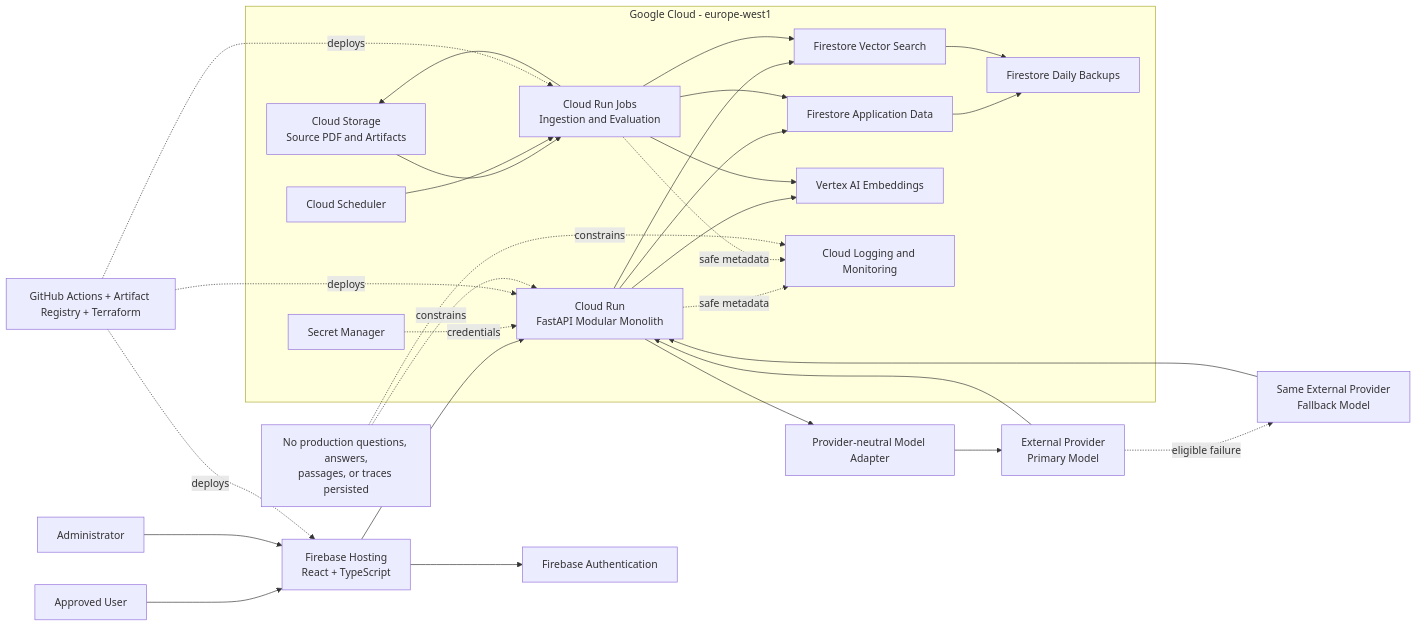
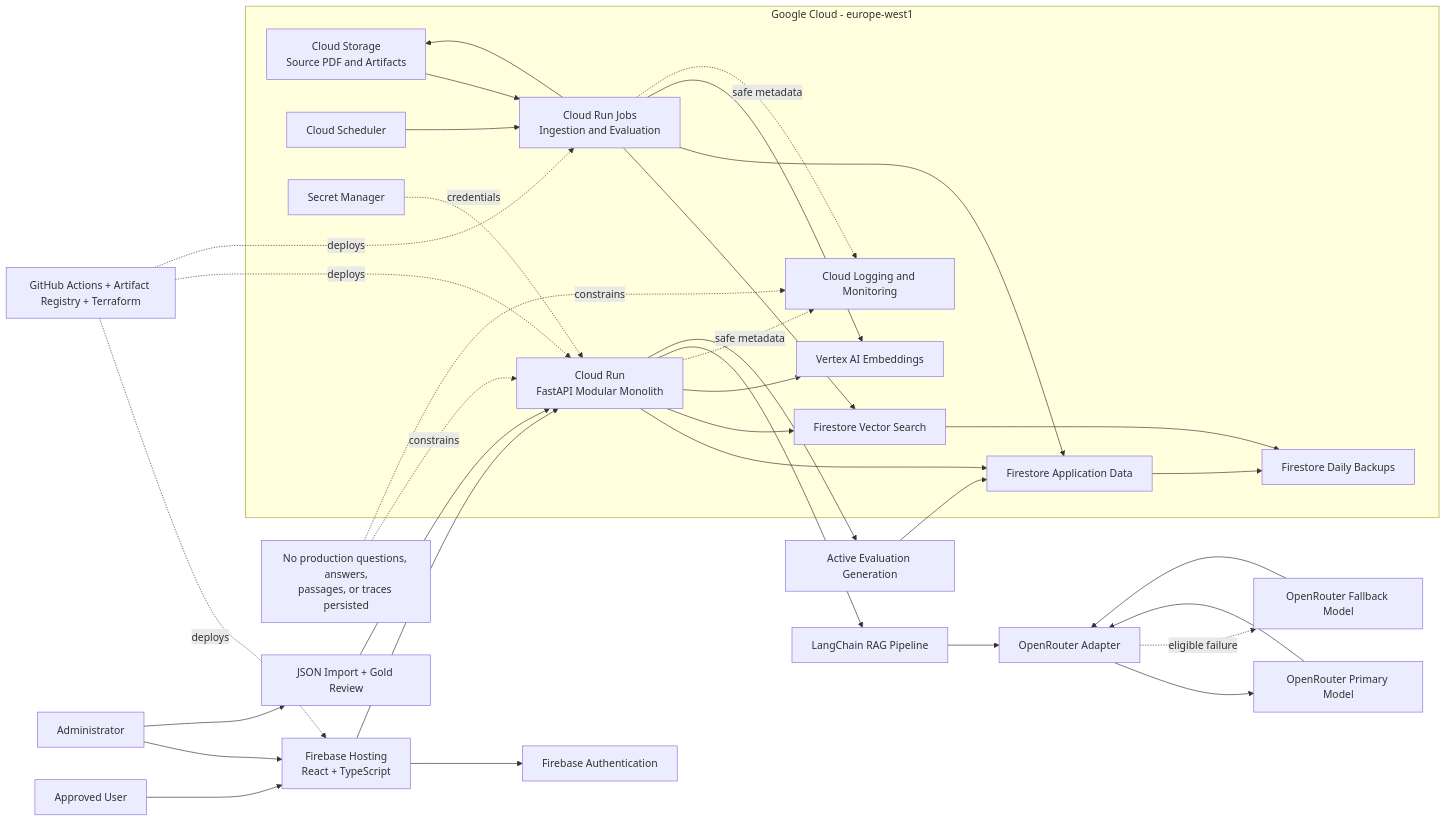
Before and after one commit to issacamara/dmbok-compass: the diagram in documents/ARCHITECTURE.md, drawn with Mermaid. The commit also changed other lines of this file, not shown here.

Commit message:
docs: publish architecture v1.5 (#99)

````diff
--- a/documents/ARCHITECTURE.md
+++ b/documents/ARCHITECTURE.md
@@ -82,37 +101,42 @@
 ```mermaid
 flowchart LR
     User[Approved User] --> Web[Firebase Hosting<br/>React + TypeScript]
     Admin[Administrator] --> Web
     Web --> Auth[Firebase Authentication]
     Web --> API[Cloud Run<br/>FastAPI Modular Monolith]
 
     subgraph GCP[Google Cloud - europe-west1]
         API --> AppData[Firestore Application Data]
         API --> Vector[Firestore Vector Search]
         API --> Embed[Vertex AI Embeddings]
         Storage[Cloud Storage<br/>Source PDF and Artifacts] --> Job[Cloud Run Jobs<br/>Ingestion and Evaluation]
         Scheduler[Cloud Scheduler] --> Job
         Job --> Storage
         Job --> Vector
         Job --> AppData
         Job --> Embed
         Secrets[Secret Manager] -. credentials .-> API
         API -. safe metadata .-> Ops[Cloud Logging and Monitoring]
         Job -. safe metadata .-> Ops
         AppData --> Backup[Firestore Daily Backups]
         Vector --> Backup
     end
 
-    API --> Adapter[Provider-neutral Model Adapter]
-    Adapter --> Primary[External Provider<br/>Primary Model]
-    Primary -. eligible failure .-> Fallback[Same External Provider<br/>Fallback Model]
-    Primary --> API
-    Fallback --> API
+    Admin --> Import[JSON Import + Gold Review]
+    Import --> API
+    API --> RAG[LangChain RAG Pipeline]
+    RAG --> Adapter[OpenRouter Adapter]
+    Adapter --> Primary[OpenRouter Primary Model]
+    Adapter -. eligible failure .-> Fallback[OpenRouter Fallback Model]
+    Primary --> Adapter
+    Fallback --> Adapter
+    API --> Active[Active Evaluation Generation]
+    Active --> AppData
 
     Build[GitHub Actions + Artifact Registry + Terraform] -. deploys .-> Web
     Build -. deploys .-> API
     Build -. deploys .-> Job
 
     Privacy[No production questions, answers,<br/>passages, or traces persisted] -. constrains .-> API
     Privacy -. constrains .-> Ops
 ```
````
